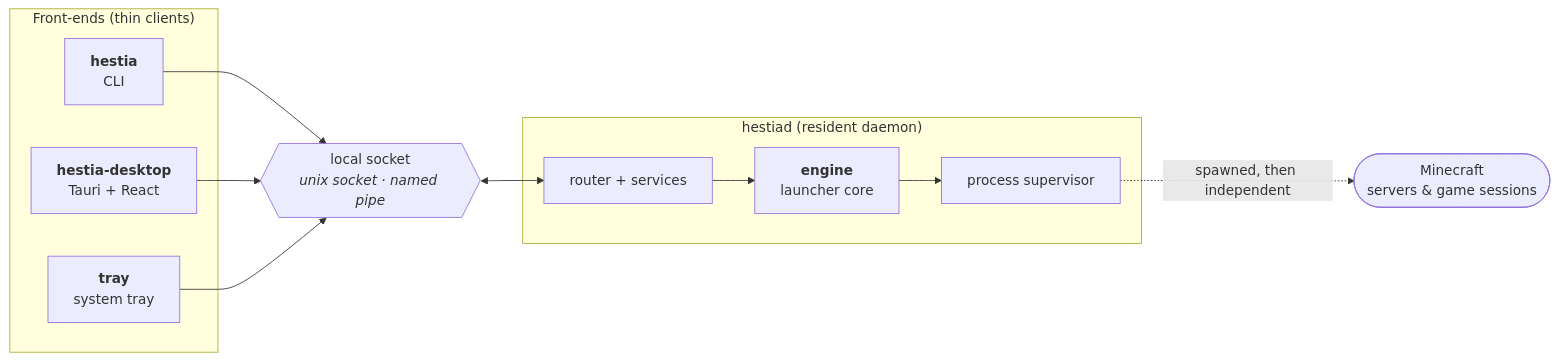
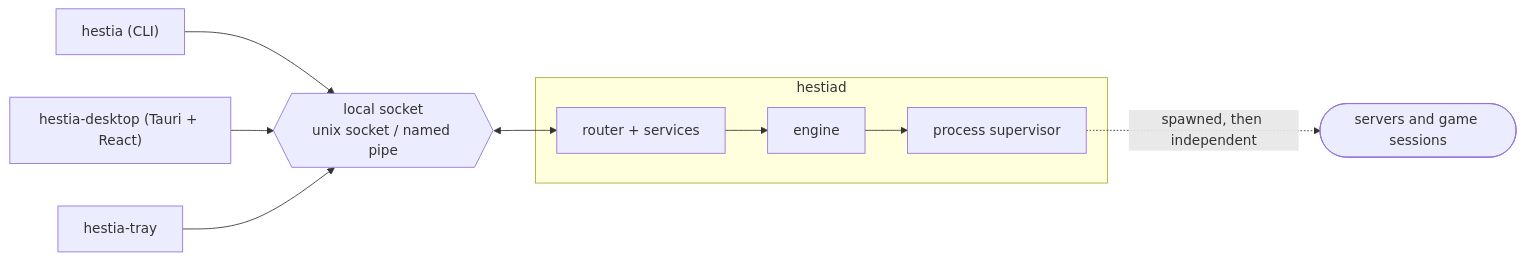
Before and after one commit to prytaneum/hestia: the first of 3 diagrams in docs/architecture.md, drawn with Mermaid. The commit also changed other lines of this file and 11 other files, not shown here.

Commit message:
docs(architecture): describe the current system only

````diff
--- a/docs/architecture.md
+++ b/docs/architecture.md
@@ -20,26 +15,11 @@
 ```mermaid
 flowchart LR
-    subgraph clients["Front-ends (thin clients)"]
-        CLI["<b>hestia</b><br/>CLI"]
-        DESK["<b>hestia-desktop</b><br/>Tauri + React"]
-        TRAY["<b>tray</b><br/>system tray"]
+    CLI["hestia (CLI)"] --> SOCK
+    DESK["hestia-desktop (Tauri + React)"] --> SOCK
+    TRAY["hestia-tray"] --> SOCK
+    SOCK{{"local socket<br/>unix socket / named pipe"}} <--> ROUTER
+    subgraph daemon["hestiad"]
+        ROUTER["router + services"] --> ENGINE["engine"] --> SUP["process supervisor"]
     end
-
-    SOCK{{"local socket<br/><i>unix socket · named pipe</i>"}}
-
-    subgraph daemon["hestiad (resident daemon)"]
-        ROUTER["router + services"]
-        ENGINE["<b>engine</b><br/>launcher core"]
-        SUP["process supervisor"]
-    end
-
-    GAME(["Minecraft<br/>servers &amp; game sessions"])
-
-    CLI  --> SOCK
-    DESK --> SOCK
-    TRAY --> SOCK
-    SOCK <--> ROUTER
-    ROUTER --> ENGINE
-    ENGINE --> SUP
-    SUP -.->|"spawned, then independent"| GAME
+    SUP -.->|"spawned, then independent"| GAME(["servers and game sessions"])
 ```
````
